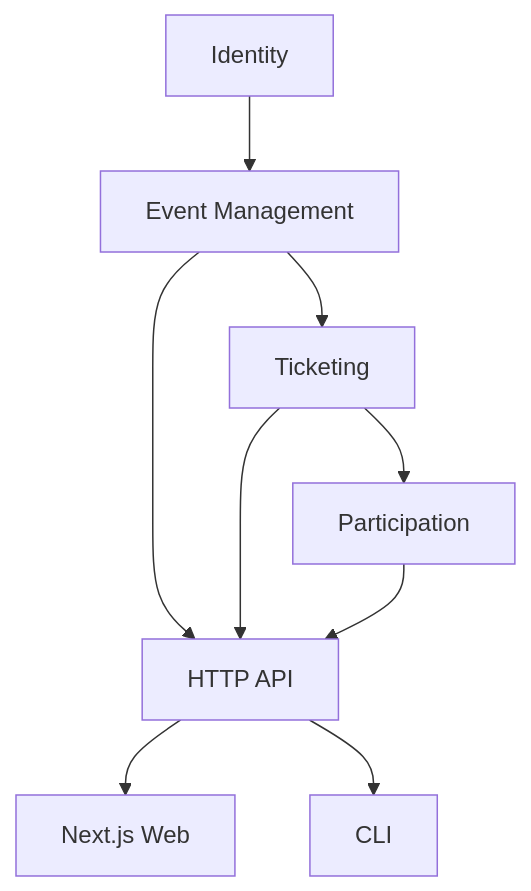
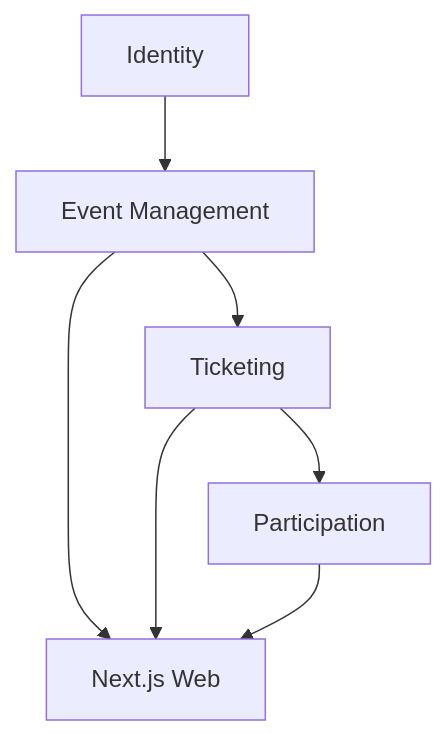
Before and after one commit to uBrunoow/ducktix: the first of 9 diagrams in ducktix/docs/fluxos.md, drawn with Mermaid. The commit also changed other lines of this file and 27 other files, not shown here.

````diff
--- a/ducktix/docs/fluxos.md
+++ b/ducktix/docs/fluxos.md
@@ -23,11 +24,9 @@
 ```mermaid
 graph TD
     ID[Identity] --> EV[Event Management]
     EV --> TK[Ticketing]
     TK --> PA[Participation]
-    EV --> API[HTTP API]
-    TK --> API
-    PA --> API
-    API --> W[Next.js Web]
-    API --> CLI[CLI]
+    EV --> W[Next.js Web]
+    TK --> W
+    PA --> W
 ```
````
